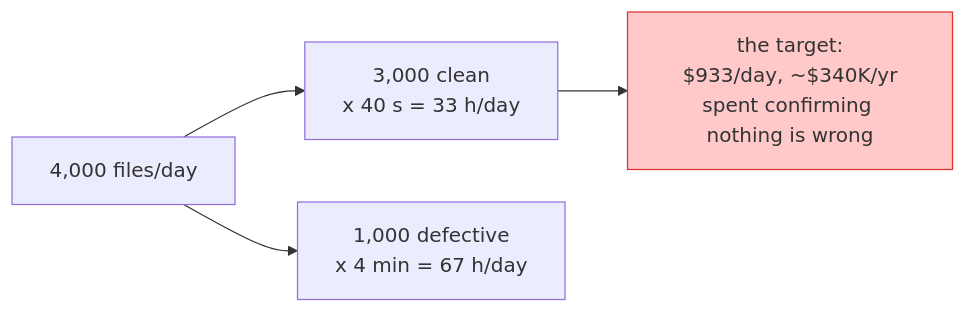
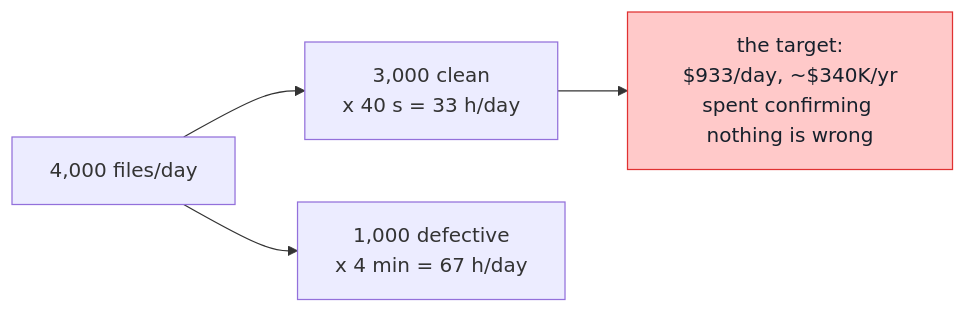
One commit to ashvolt/agents changed the first of 16 diagrams in capstone/docs/learn.md. Above: the diagram before and after it, drawn with Mermaid. The commit also changed other lines of this file, not shown here.

First line of the commit message:
docs(learn): keep diagram text readable in dark mode

````diff
--- a/capstone/docs/learn.md
+++ b/capstone/docs/learn.md
@@ -123,7 +123,8 @@
 ```mermaid
+%%{init: {"theme": "default"}}%%
 flowchart LR
     A["4,000 files/day"] --> C["3,000 clean<br/>x 40 s = 33 h/day"]
     A --> D["1,000 defective<br/>x 4 min = 67 h/day"]
     C --> T["the target:<br/>$933/day, ~$340K/yr<br/>spent confirming nothing is wrong"]
-    style T fill:#ffc9c9,stroke:#e03131
+    style T fill:#ffc9c9,stroke:#e03131,color:#17202B
 ```
````
